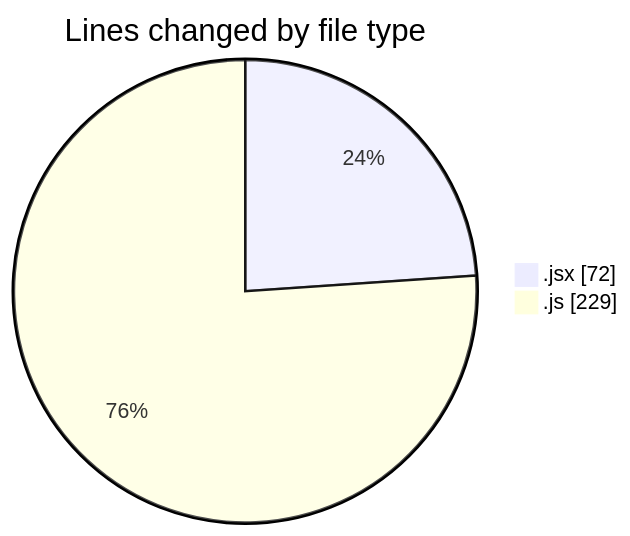
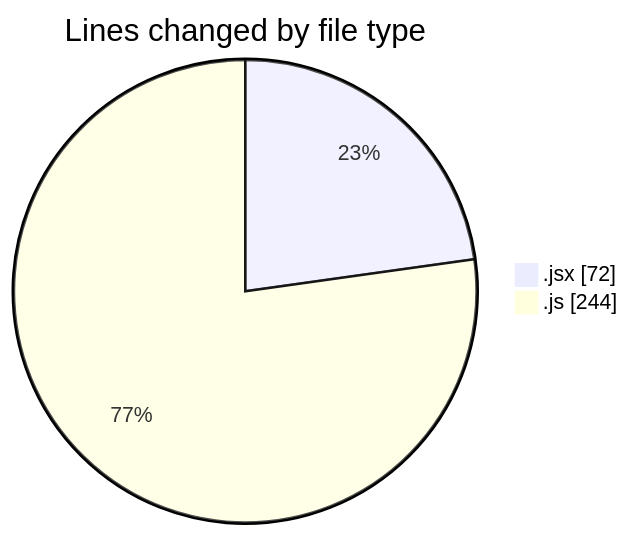
Before and after one commit to nxtqubesakshisongat/code-tracking: the first of 2 diagrams in 2025-12-14/nxtqube_webapp/README.md, drawn with Mermaid. The commit also changed other lines of this file and 1 other file, not shown here.

````diff
--- a/2025-12-14/nxtqube_webapp/README.md
+++ b/2025-12-14/nxtqube_webapp/README.md
@@ -22,6 +22,6 @@
 ```mermaid
 pie showData
 title Lines changed by file type
 ".jsx" : 72
-".js" : 229
+".js" : 244
 ```
````
